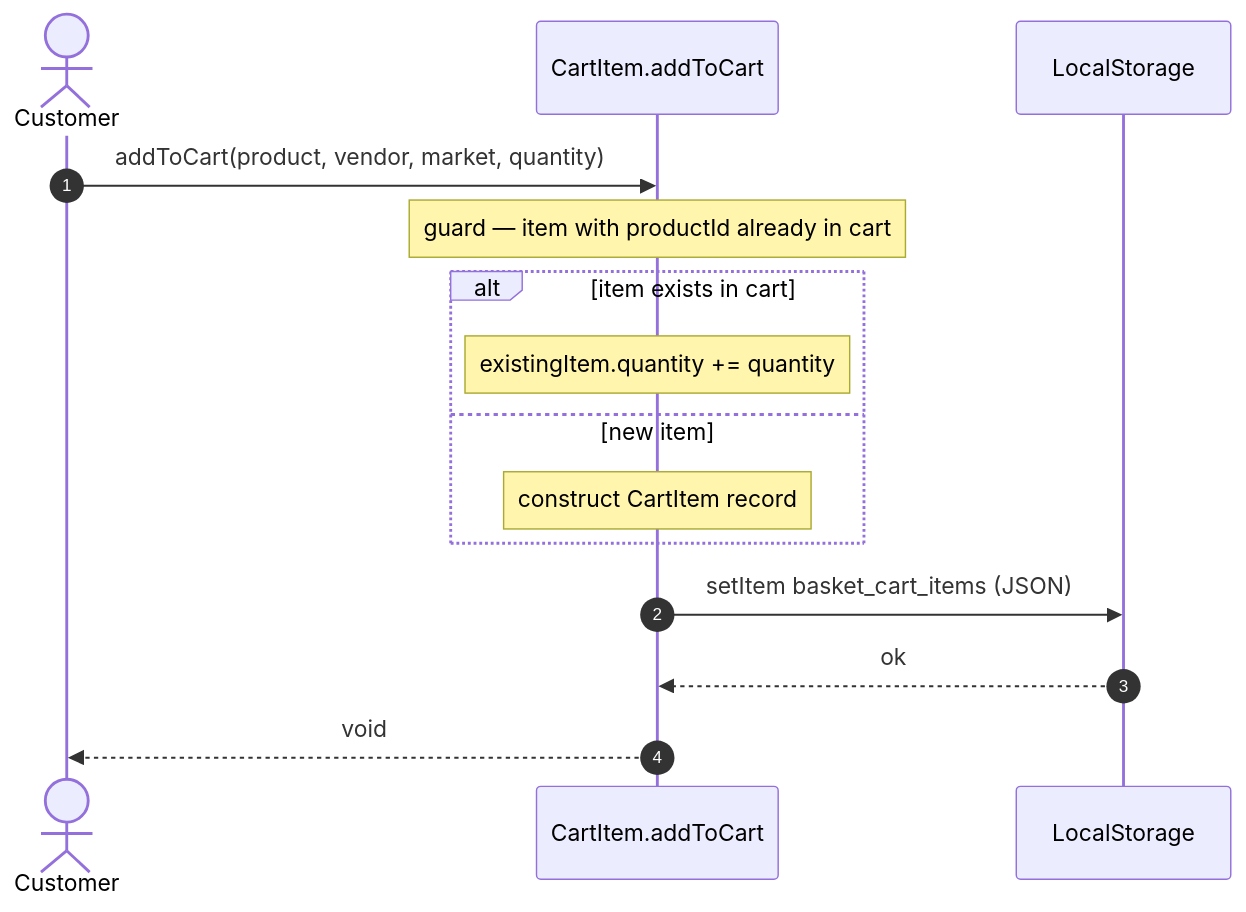
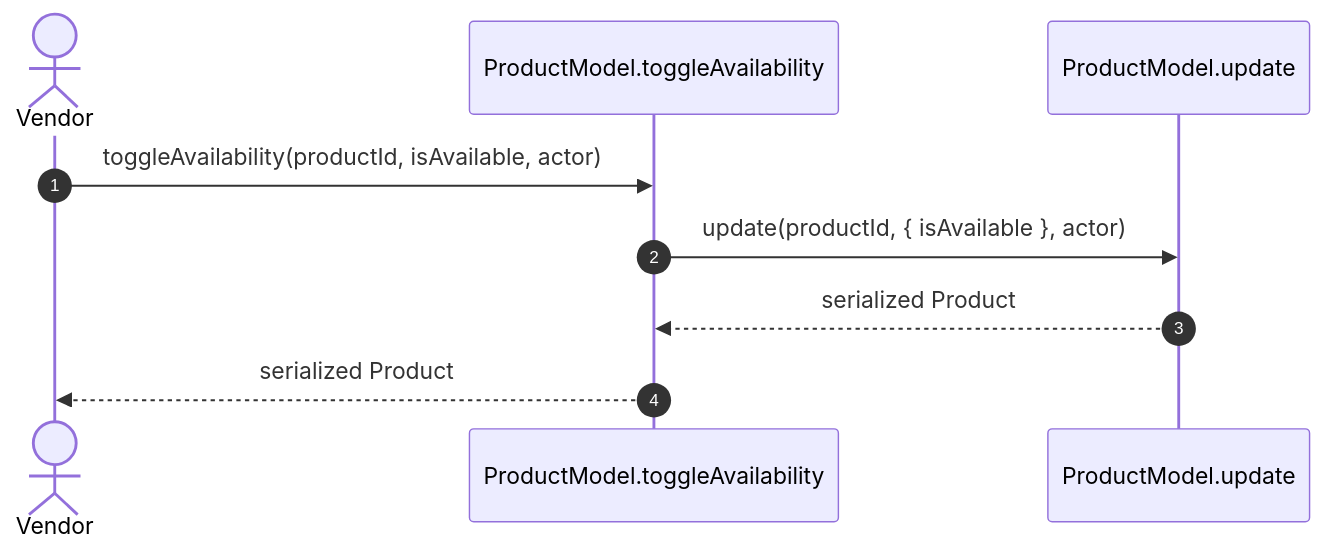
One commit to nroc6/CP317B-Project-Group1 changed the fifth of 13 diagrams in docs/SPECIFICATION.MD. Above: the diagram before and after it, drawn with Mermaid. The commit also changed other lines of this file and 28 other files, not shown here.

````diff
--- a/docs/SPECIFICATION.MD
+++ b/docs/SPECIFICATION.MD
@@ -256,18 +226,12 @@
 ```mermaid
 sequenceDiagram
     autonumber
-    actor C as Customer
-    participant CartItem.addToCart
-    participant DB as LocalStorage
+    actor V as Vendor
+    participant T as ProductModel.toggleAvailability
+    participant U as ProductModel.update
 
-    C->>CartItem.addToCart: addToCart(product, vendor, market, quantity)
-    Note over CartItem.addToCart: guard — item with productId already in cart
-    alt item exists in cart
-        Note over CartItem.addToCart: existingItem.quantity += quantity
-    else new item
-        Note over CartItem.addToCart: construct CartItem record
-    end
-    CartItem.addToCart->>DB: setItem basket_cart_items (JSON)
-    DB-->>CartItem.addToCart: ok
-    CartItem.addToCart-->>C: void
+    V->>T: toggleAvailability(productId, isAvailable, actor)
+    T->>U: update(productId, { isAvailable }, actor)
+    U-->>T: serialized Product
+    T-->>V: serialized Product
 ```
````
